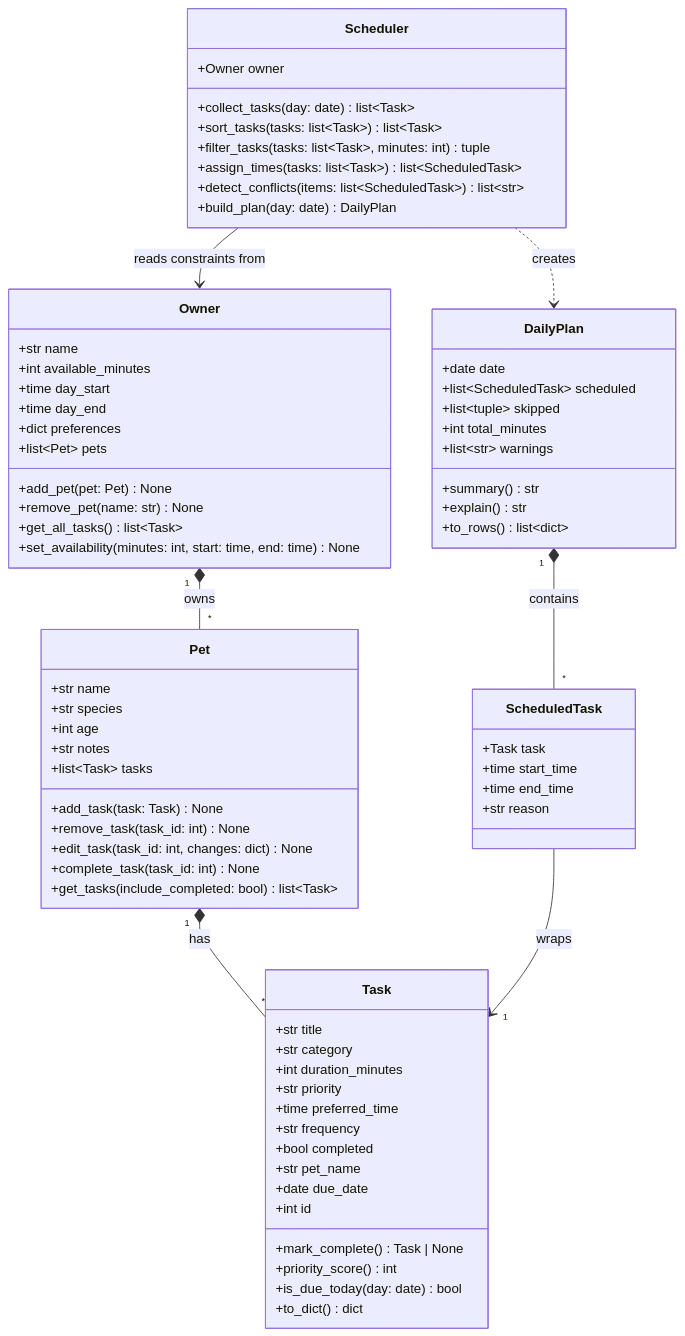
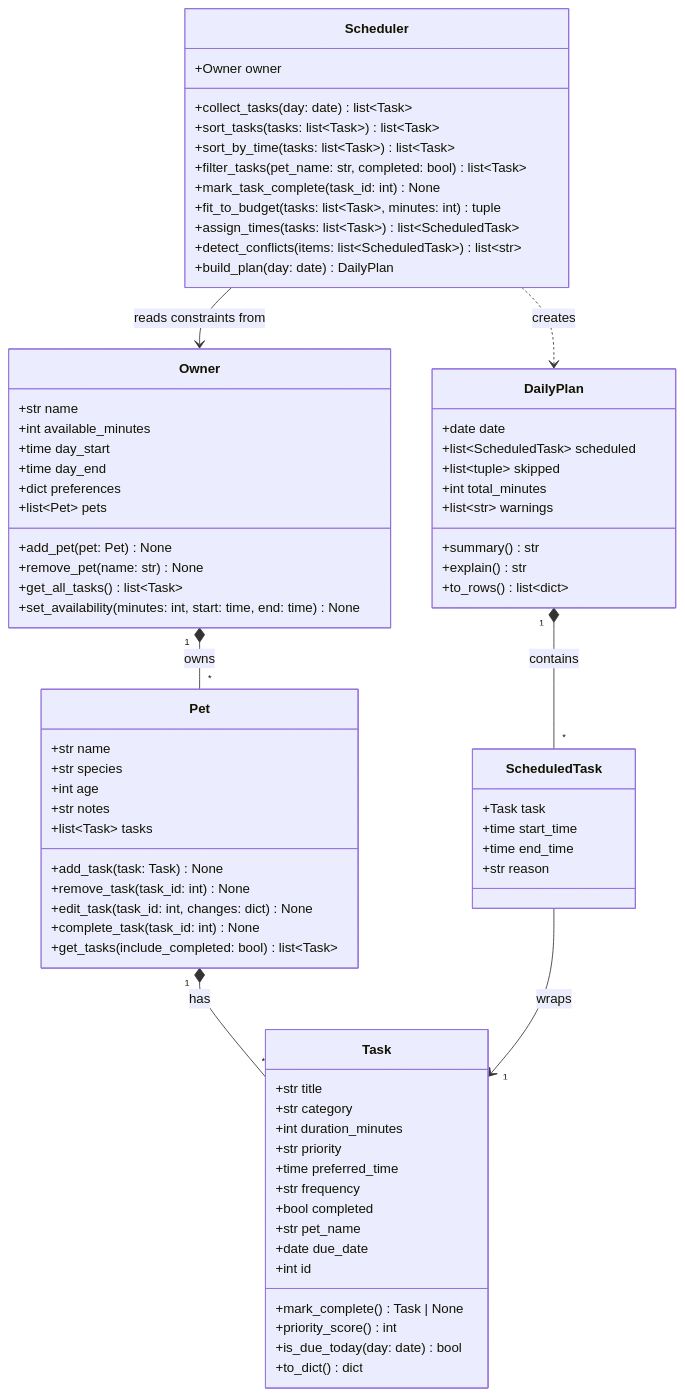
Before and after one commit to alexreifel/ai110-module2show-pawpal-starter: the diagram in diagrams/uml.mmd, drawn with Mermaid. The commit also changed 6 other files, not shown here.

```diff
--- a/diagrams/uml.mmd
+++ b/diagrams/uml.mmd
@@ -1,80 +1,83 @@
 classDiagram
     %% Keep this file updated so it matches your final implementation.
 
     class Owner {
         +str name
         +int available_minutes
         +time day_start
         +time day_end
         +dict preferences
         +list~Pet~ pets
         +add_pet(pet: Pet) None
         +remove_pet(name: str) None
         +get_all_tasks() list~Task~
         +set_availability(minutes: int, start: time, end: time) None
     }
 
     class Pet {
         +str name
         +str species
         +int age
         +str notes
         +list~Task~ tasks
         +add_task(task: Task) None
         +remove_task(task_id: int) None
         +edit_task(task_id: int, changes: dict) None
         +complete_task(task_id: int) None
         +get_tasks(include_completed: bool) list~Task~
     }
 
     class Task {
         +str title
         +str category
         +int duration_minutes
         +str priority
         +time preferred_time
         +str frequency
         +bool completed
         +str pet_name
         +date due_date
         +int id
         +mark_complete() Task | None
         +priority_score() int
         +is_due_today(day: date) bool
         +to_dict() dict
     }
 
     class Scheduler {
         +Owner owner
         +collect_tasks(day: date) list~Task~
         +sort_tasks(tasks: list~Task~) list~Task~
-        +filter_tasks(tasks: list~Task~, minutes: int) tuple
+        +sort_by_time(tasks: list~Task~) list~Task~
+        +filter_tasks(pet_name: str, completed: bool) list~Task~
+        +mark_task_complete(task_id: int) None
+        +fit_to_budget(tasks: list~Task~, minutes: int) tuple
         +assign_times(tasks: list~Task~) list~ScheduledTask~
         +detect_conflicts(items: list~ScheduledTask~) list~str~
         +build_plan(day: date) DailyPlan
     }
 
     class ScheduledTask {
         +Task task
         +time start_time
         +time end_time
         +str reason
     }
 
     class DailyPlan {
         +date date
         +list~ScheduledTask~ scheduled
         +list~tuple~ skipped
         +int total_minutes
         +list~str~ warnings
         +summary() str
         +explain() str
         +to_rows() list~dict~
     }
 
     Owner "1" *-- "*" Pet : owns
     Pet "1" *-- "*" Task : has
     Scheduler --> Owner : reads constraints from
     Scheduler ..> DailyPlan : creates
     DailyPlan "1" *-- "*" ScheduledTask : contains
     ScheduledTask --> "1" Task : wraps
```
